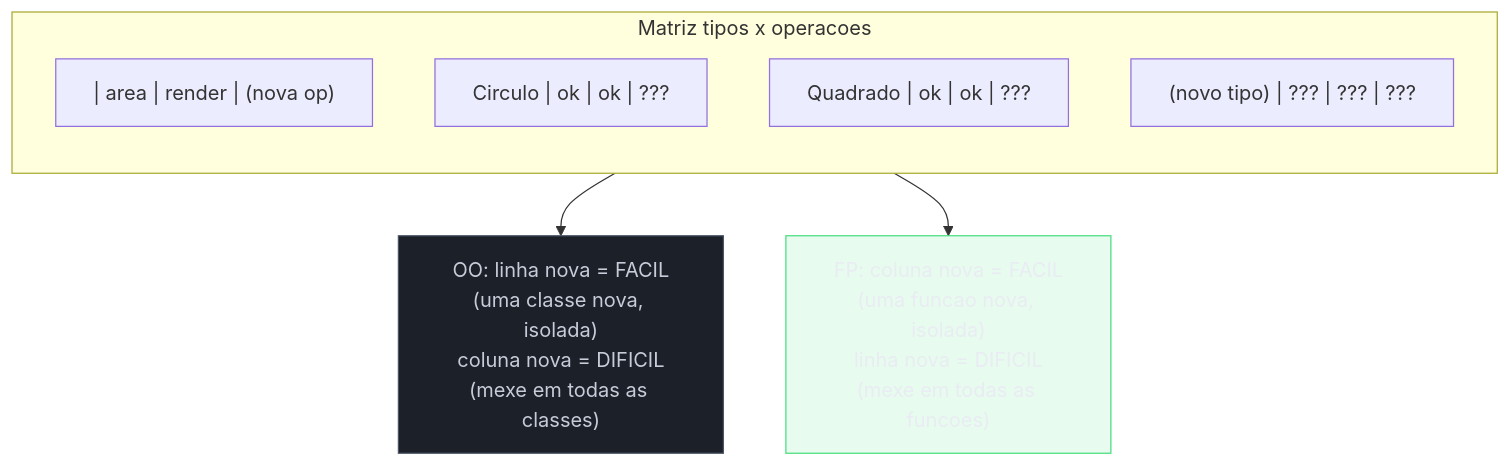
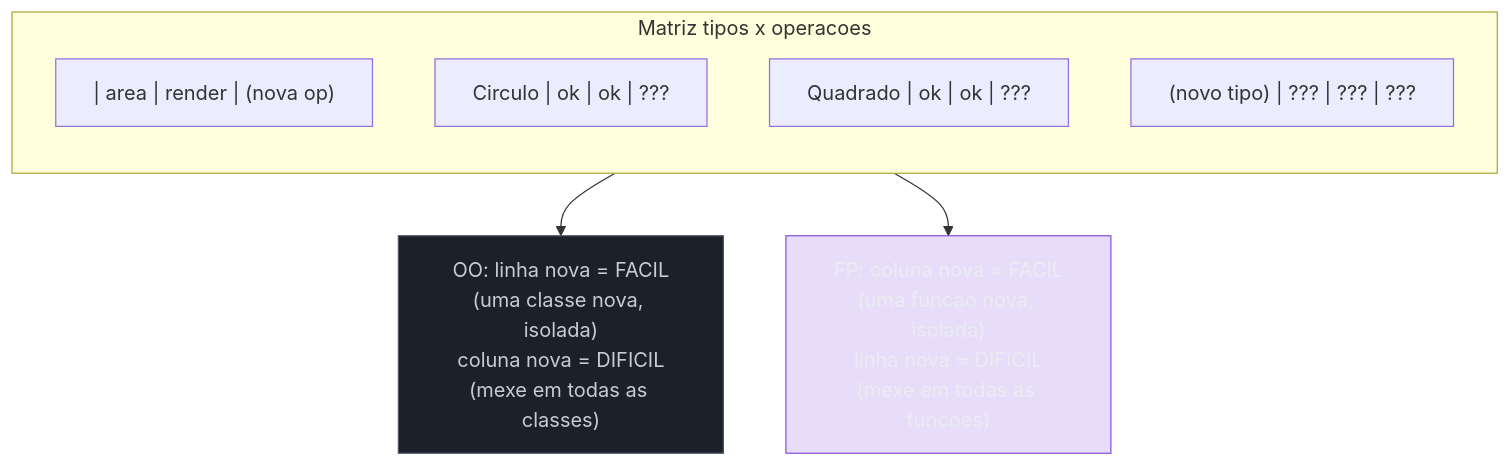
The sixth of 6 diagrams in 03-Dominios/Ciência/Paradigmas/03 - O paradigma orientado a objetos.md (josenaldo/codex-technomanticus), drawn with Mermaid before and after one commit. The commit also changed other lines of this file and 601 other files, not shown here.

````diff
--- a/03-Dominios/Ciência/Paradigmas/03 - O paradigma orientado a objetos.md
+++ b/03-Dominios/Ciência/Paradigmas/03 - O paradigma orientado a objetos.md
@@ -229,18 +229,18 @@
 ```mermaid
 flowchart TB
+    classDef marca fill:#8855DF33,stroke:#8855DF,color:#E9ECF2
     classDef neutro fill:#1B2029,stroke:#4E5666,color:#C6CCD8
-    classDef ok fill:#4ADE8021,stroke:#4ADE80,color:#E9ECF2
     subgraph MATRIZ["Matriz tipos x operacoes"]
         direction TB
         H["         | area | render | (nova op)"]
         R1["Circulo  |  ok  |   ok   |   ???"]
         R2["Quadrado |  ok  |   ok   |   ???"]
         R3["(novo tipo) | ??? |  ???  |   ???"]
     end
     OOaxis["OO: linha nova = FACIL<br/>(uma classe nova, isolada)<br/>coluna nova = DIFICIL<br/>(mexe em todas as classes)"]
     FPaxis["FP: coluna nova = FACIL<br/>(uma funcao nova, isolada)<br/>linha nova = DIFICIL<br/>(mexe em todas as funcoes)"]
     MATRIZ --> OOaxis
     MATRIZ --> FPaxis
     class OOaxis neutro
-    class FPaxis ok
+    class FPaxis marca
 ```
````
